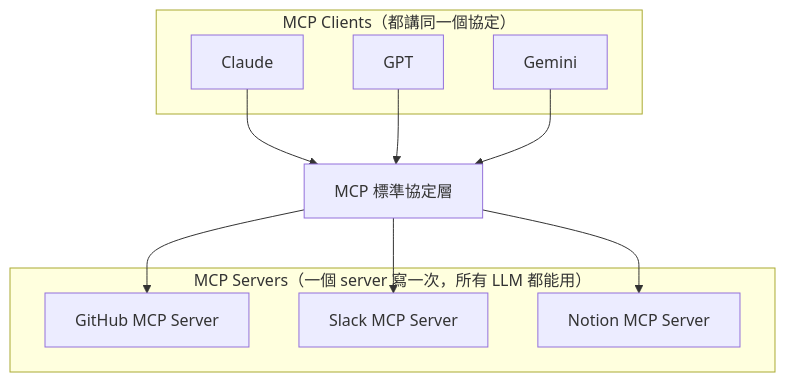
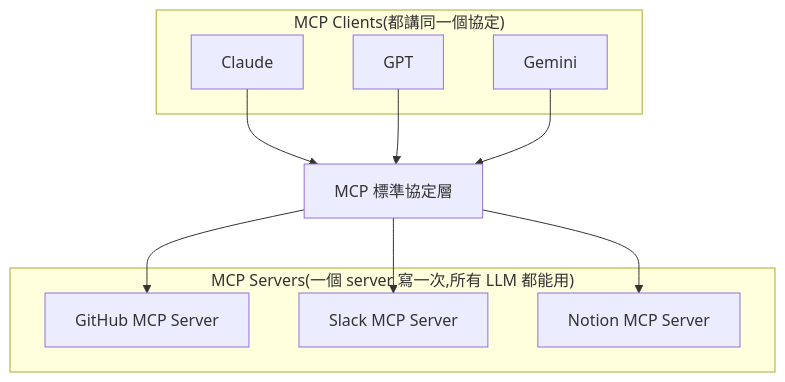
Before and after one commit to deadline314/Lesson3-AI-Tools: diagram 24 of 47 in Guide.md, drawn with Mermaid. The commit also changed other lines of this file and 25 other files, not shown here.

````diff
--- a/Guide.md
+++ b/Guide.md
@@ -881,23 +1189,23 @@
 ```mermaid
 flowchart TD
-    subgraph Clients["MCP Clients（都講同一個協定）"]
+    subgraph Clients["MCP Clients(都講同一個協定)"]
         Claude
         GPT
         Gemini
     end
     
     MCP["MCP 標準協定層"]
     
-    subgraph Servers["MCP Servers（一個 server 寫一次，所有 LLM 都能用）"]
+    subgraph Servers["MCP Servers(一個 server 寫一次,所有 LLM 都能用)"]
         GH["GitHub MCP Server"]
         SL["Slack MCP Server"]
         NT["Notion MCP Server"]
     end
     
     Claude --> MCP
     GPT --> MCP
     Gemini --> MCP
     MCP --> GH
     MCP --> SL
     MCP --> NT
 ```
````
